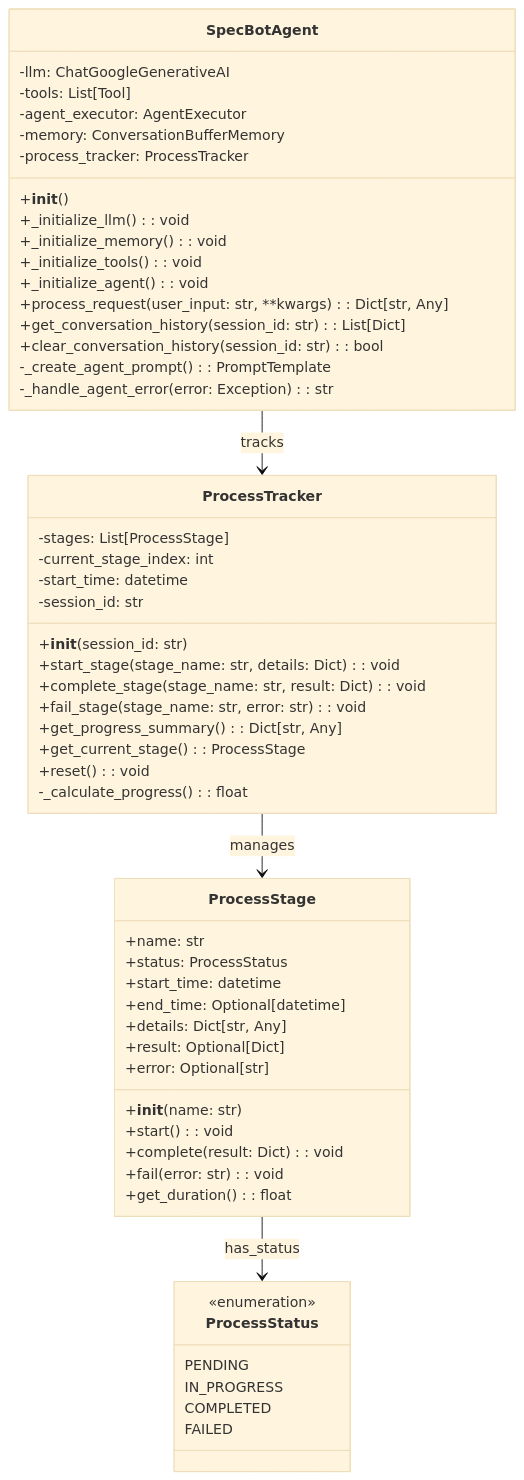
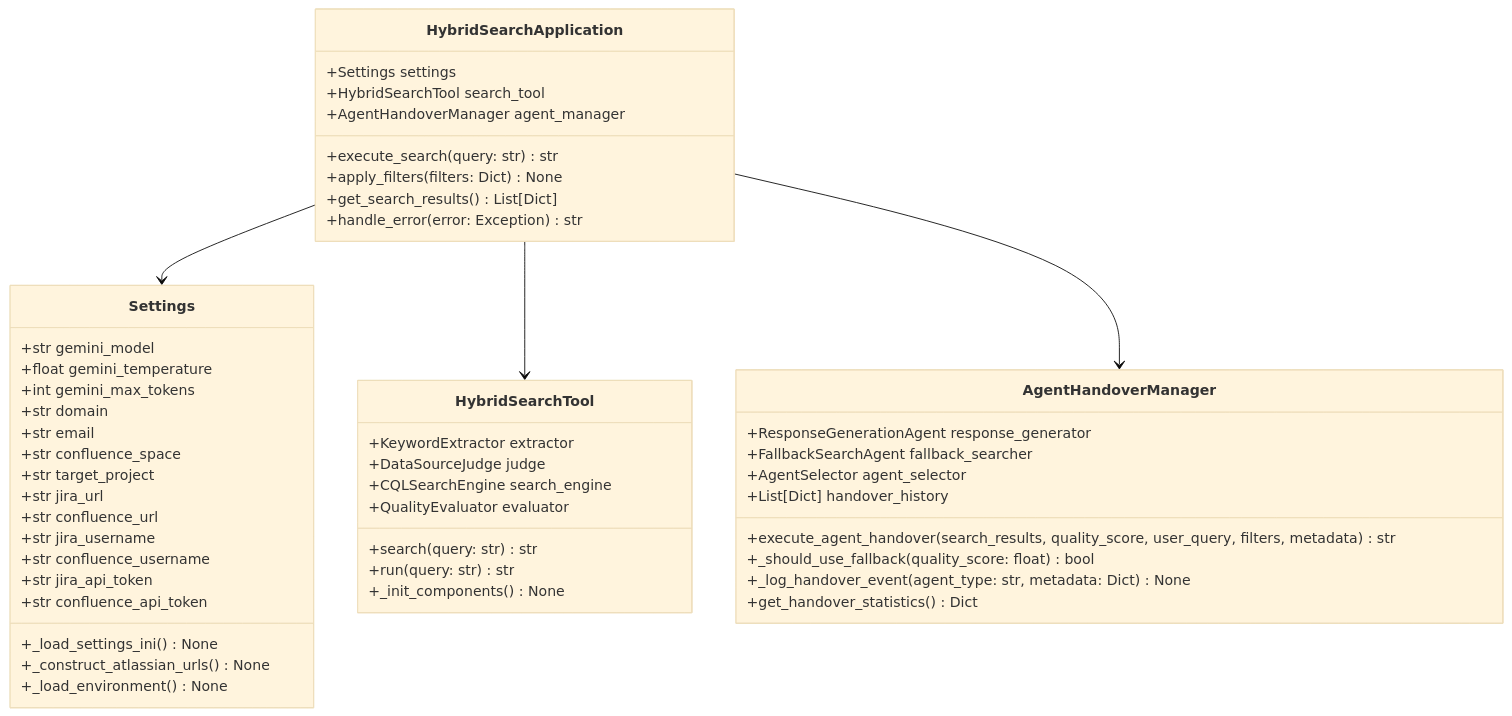
The first of 7 diagrams in docs/SPEC-DS-005A クラス図設計書.md (gucchon001/attratian_chatbot), drawn with Mermaid (base theme) before and after one commit. The commit also changed other lines of this file and 9 other files, not shown here.

````diff
--- a/docs/SPEC-DS-005A クラス図設計書.md
+++ b/docs/SPEC-DS-005A クラス図設計書.md
@@ -42,62 +42,56 @@
 ```mermaid
 classDiagram
-    class SpecBotAgent {
-        -llm: ChatGoogleGenerativeAI
-        -tools: List[Tool]
-        -agent_executor: AgentExecutor
-        -memory: ConversationBufferMemory
-        -process_tracker: ProcessTracker
-        +__init__()
-        +_initialize_llm(): void
-        +_initialize_memory(): void
-        +_initialize_tools(): void
-        +_initialize_agent(): void
-        +process_request(user_input: str, **kwargs): Dict[str, Any]
-        +get_conversation_history(session_id: str): List[Dict]
-        +clear_conversation_history(session_id: str): bool
-        -_create_agent_prompt(): PromptTemplate
-        -_handle_agent_error(error: Exception): str
+    class HybridSearchApplication {
+        +Settings settings
+        +HybridSearchTool search_tool
+        +AgentHandoverManager agent_manager
+        +execute_search(query: str) str
+        +apply_filters(filters: Dict) None
+        +get_search_results() List[Dict]
+        +handle_error(error: Exception) str
+    }
+    
+    class Settings {
+        +str gemini_model
+        +float gemini_temperature
+        +int gemini_max_tokens
+        +str domain
+        +str email
+        +str confluence_space
+        +str target_project
+        +str jira_url
+        +str confluence_url
+        +str jira_username
+        +str confluence_username
+        +str jira_api_token
+        +str confluence_api_token
+        +_load_settings_ini() None
+        +_construct_atlassian_urls() None
+        +_load_environment() None
+    }
+    
+    class HybridSearchTool {
+        +KeywordExtractor extractor
+        +DataSourceJudge judge
+        +CQLSearchEngine search_engine
+        +QualityEvaluator evaluator
+        +search(query: str) str
+        +run(query: str) str
+        +_init_components() None
     }
 
-    class ProcessTracker {
-        -stages: List[ProcessStage]
-        -current_stage_index: int
-        -start_time: datetime
-        -session_id: str
-        +__init__(session_id: str)
-        +start_stage(stage_name: str, details: Dict): void
-        +complete_stage(stage_name: str, result: Dict): void
-        +fail_stage(stage_name: str, error: str): void
-        +get_progress_summary(): Dict[str, Any]
-        +get_current_stage(): ProcessStage
-        +reset(): void
-        -_calculate_progress(): float
+    class AgentHandoverManager {
+        +ResponseGenerationAgent response_generator
+        +FallbackSearchAgent fallback_searcher
+        +AgentSelector agent_selector
+        +List[Dict] handover_history
+        +execute_agent_handover(search_results, quality_score, user_query, filters, metadata) str
+        +_should_use_fallback(quality_score: float) bool
+        +_log_handover_event(agent_type: str, metadata: Dict) None
+        +get_handover_statistics() Dict
     }
 
-    class ProcessStage {
-        +name: str
-        +status: ProcessStatus
-        +start_time: datetime
-        +end_time: Optional[datetime]
-        +details: Dict[str, Any]
-        +result: Optional[Dict]
-        +error: Optional[str]
-        +__init__(name: str)
-        +start(): void
-        +complete(result: Dict): void
-        +fail(error: str): void
-        +get_duration(): float
-    }
-
-    class ProcessStatus {
-        <<enumeration>>
-        PENDING
-        IN_PROGRESS
-        COMPLETED
-        FAILED
-    }
-
-    SpecBotAgent --> ProcessTracker : tracks
-    ProcessTracker --> ProcessStage : manages
-    ProcessStage --> ProcessStatus : has_status
+    HybridSearchApplication --> Settings
+    HybridSearchApplication --> HybridSearchTool
+    HybridSearchApplication --> AgentHandoverManager
 ```
````
